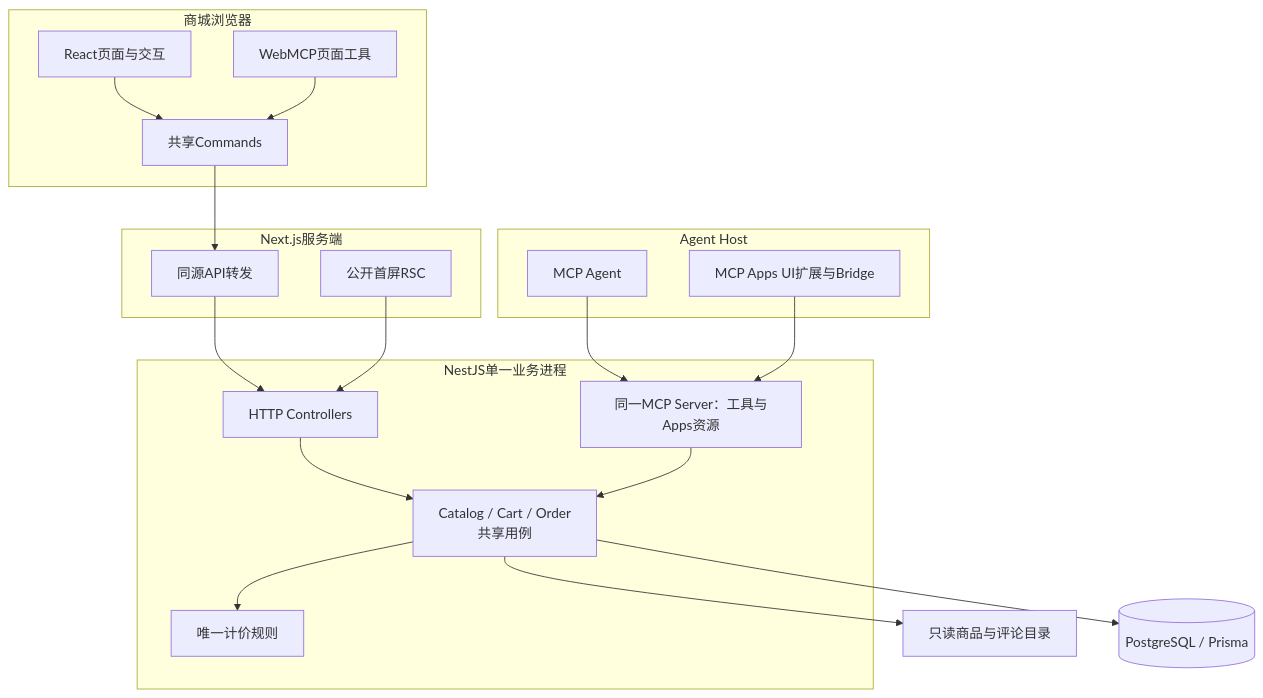
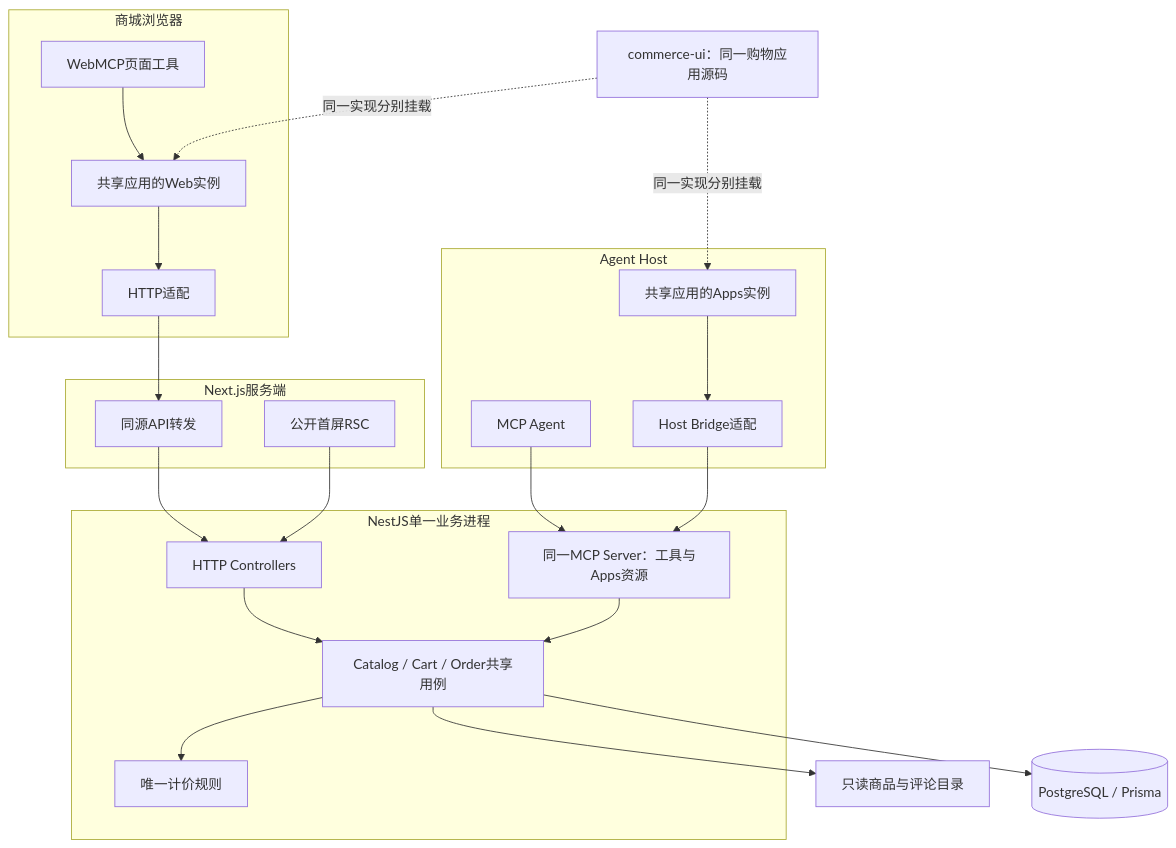
One commit to linshuohao/agent-ready-store changed the first of 14 diagrams in docs/engineering/TECHNICAL_DESIGN.md. Above: the diagram before and after it, drawn with Mermaid. The commit also changed other lines of this file and 94 other files, not shown here.

Commit message:
refactor: share complete commerce application across web and apps

````diff
--- a/docs/engineering/TECHNICAL_DESIGN.md
+++ b/docs/engineering/TECHNICAL_DESIGN.md
@@ -43,34 +43,39 @@
 ```mermaid
 flowchart TB
+    Shared[commerce-ui：同一购物应用源码]
     subgraph Web[商城浏览器]
-        HumanUI[React页面与交互]
+        HumanUI[共享应用的Web实例]
         WM[WebMCP页面工具]
-        Commands[共享Commands]
-        HumanUI --> Commands
-        WM --> Commands
+        WebHTTP[HTTP适配]
+        HumanUI --> WebHTTP
+        WM --> HumanUI
     end
     subgraph Next[Next.js服务端]
         RSC[公开首屏RSC]
         Proxy[同源API转发]
     end
     subgraph Host[Agent Host]
         Agent[MCP Agent]
-        Apps[MCP Apps UI扩展与Bridge]
+        Apps[共享应用的Apps实例]
+        Bridge[Host Bridge适配]
+        Apps --> Bridge
     end
+    Shared -. 同一实现分别挂载 .-> HumanUI
+    Shared -. 同一实现分别挂载 .-> Apps
     subgraph API[NestJS单一业务进程]
         HTTP[HTTP Controllers]
         MCP[同一MCP Server：工具与Apps资源]
-        Core["Catalog / Cart / Order<br/>共享用例"]
+        Core[Catalog / Cart / Order共享用例]
         Pricing[唯一计价规则]
         HTTP --> Core
         MCP --> Core
         Core --> Pricing
     end
-    Commands --> Proxy
+    WebHTTP --> Proxy
     Proxy --> HTTP
     RSC --> HTTP
     Agent --> MCP
-    Apps --> MCP
+    Bridge --> MCP
     Core --> Catalog[只读商品与评论目录]
     Core --> DB[(PostgreSQL / Prisma)]
 ```
````
